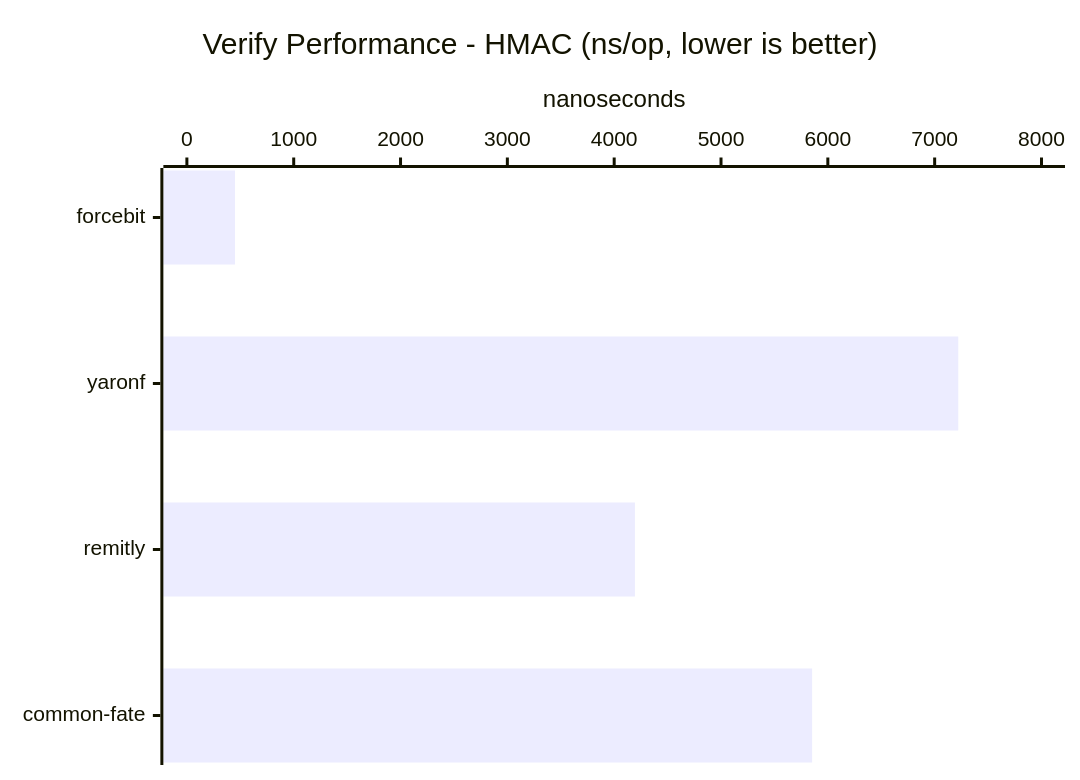
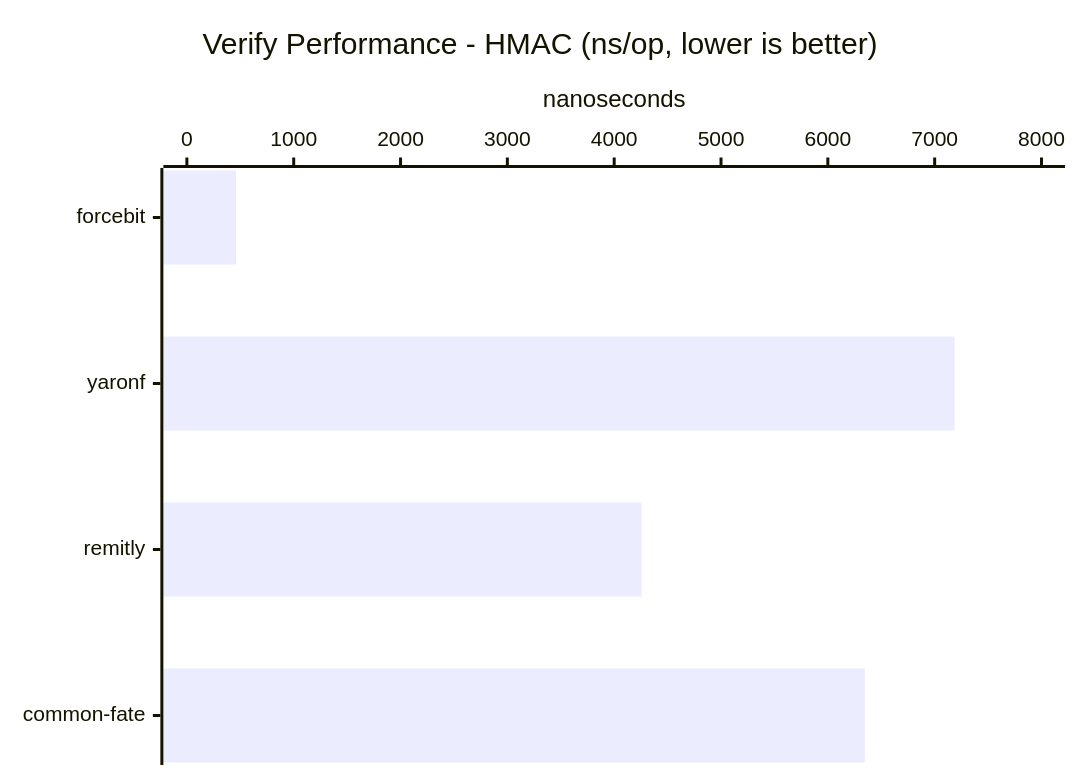
The fifth of 7 diagrams in benchmarks/README.md (forcebit/http-message-signatures-rfc9421-go), drawn with Mermaid before and after one commit. The commit also changed other lines of this file and 3 other files, not shown here.

````diff
--- a/benchmarks/README.md
+++ b/benchmarks/README.md
@@ -93,7 +93,7 @@
 ```mermaid
 xychart-beta horizontal
     title "Verify Performance - HMAC (ns/op, lower is better)"
     x-axis ["forcebit", "yaronf", "remitly", "common-fate"]
     y-axis "nanoseconds" 0 --> 8000
-    bar [450, 7221, 4194, 5853]
+    bar [460, 7186, 4257, 6347]
 ```
````
